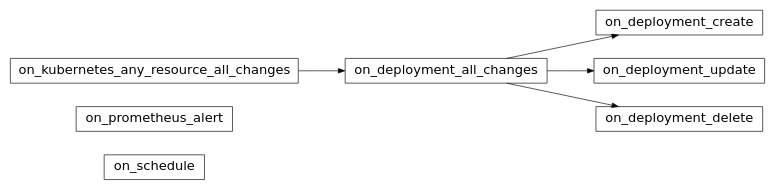
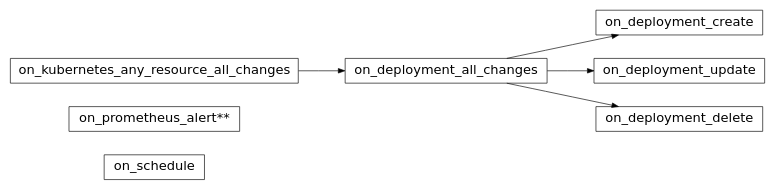
The diagram in docs/user-guide/trigger-action-binding.rst (robusta-dev/robusta), drawn with Graphviz before and after one commit. The commit also changed other lines of this file and 3 other files, not shown here.

```diff
--- a/docs/user-guide/trigger-action-binding.rst
+++ b/docs/user-guide/trigger-action-binding.rst
@@ -40,19 +44,19 @@
 .. graphviz::
 
     digraph trigger_inheritance {
         bgcolor=transparent;
         rankdir=LR;
         size="8.0, 12.0";
         node [fillcolor=white,fontname="Vera Sans, DejaVu Sans, Liberation Sans, Arial, Helvetica, sans",fontsize=10,height=0.25,shape=box,style="setlinewidth(0.5),filled"]
         "on_schedule";
-        "on_prometheus_alert";
+        "on_prometheus_alert**";
         "on_kubernetes_any_resource_all_changes";
         "on_deployment_all_changes";
         "on_deployment_create";
         "on_deployment_update";
         "on_deployment_delete";
         "on_deployment_all_changes" -> "on_deployment_create" [arrowsize=0.5,style="setlinewidth(0.5)"];
         "on_deployment_all_changes" -> "on_deployment_update" [arrowsize=0.5,style="setlinewidth(0.5)"];
         "on_deployment_all_changes" -> "on_deployment_delete" [arrowsize=0.5,style="setlinewidth(0.5)"];
         "on_kubernetes_any_resource_all_changes" -> "on_deployment_all_changes" [arrowsize=0.5,style="setlinewidth(0.5)"];
     }
```
